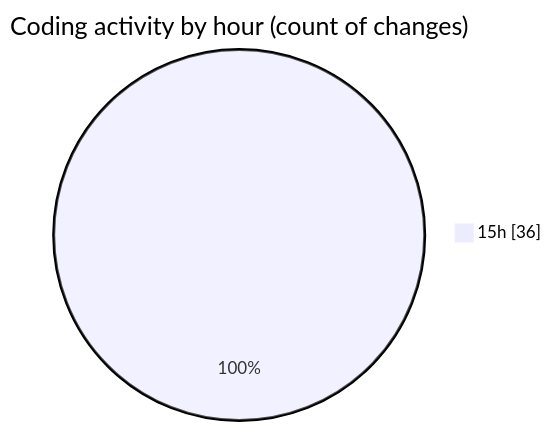
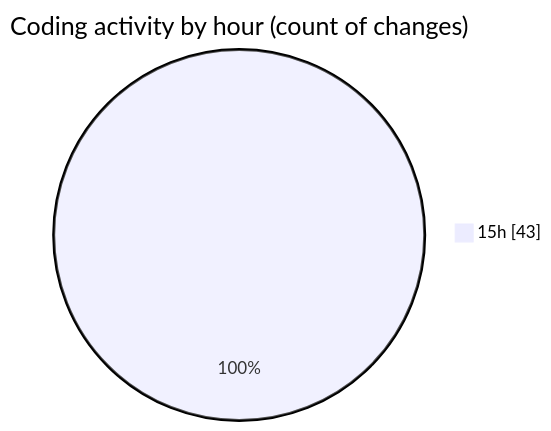
Before and after one commit to IJAZ3593/code-tracking: the second of 2 diagrams in 2025-09-01/project_3/README.md, drawn with Mermaid. The commit also changed other lines of this file and 1 other file, not shown here.

````diff
--- a/2025-09-01/project_3/README.md
+++ b/2025-09-01/project_3/README.md
@@ -36,5 +36,5 @@
 ```mermaid
 pie showData
 title Coding activity by hour (count of changes)
-"15h" : 36
+"15h" : 43
 ```
````
